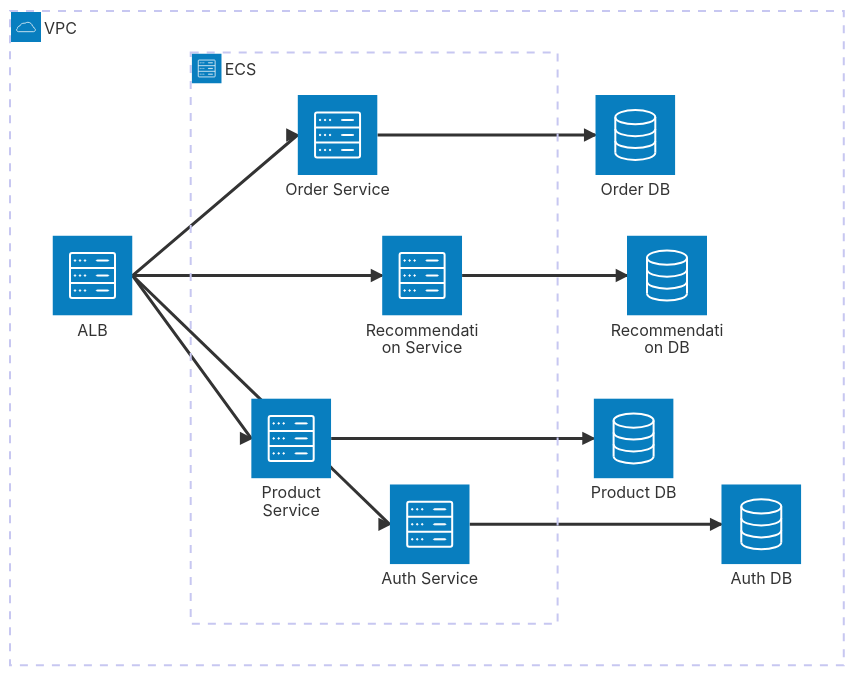
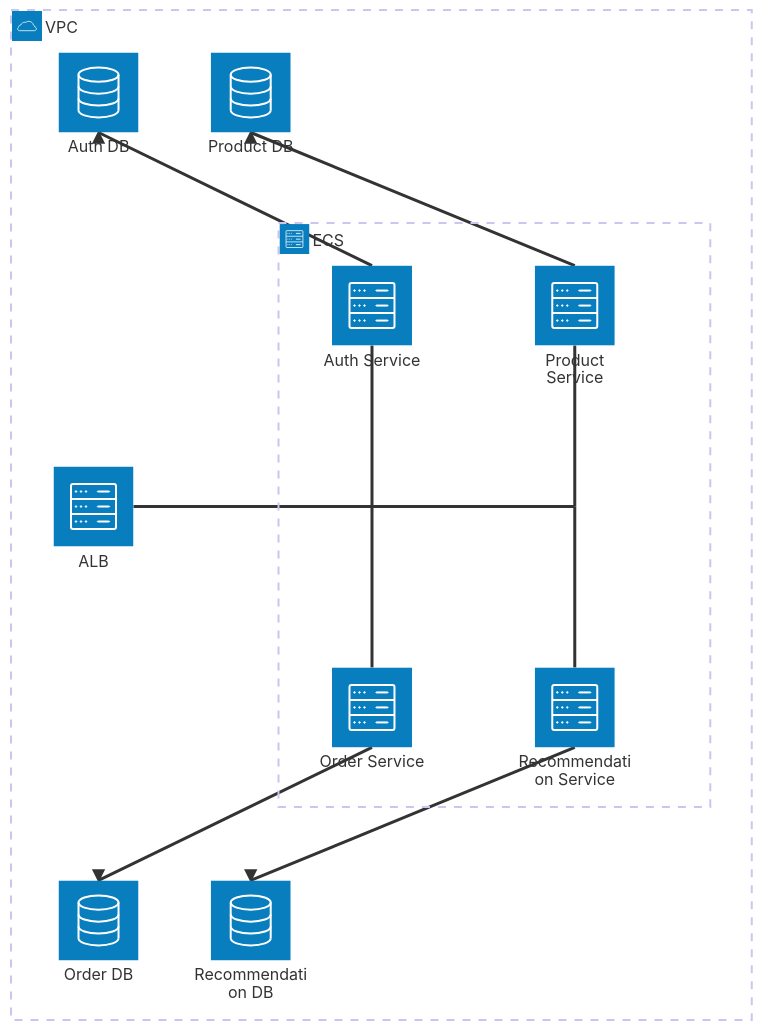
Before and after one commit to rafaritter44/architecture-katas: the second of 2 diagrams in latency-aficionados/README.md, drawn with Mermaid.

Commit message:
Try using junctions

````diff
--- a/latency-aficionados/README.md
+++ b/latency-aficionados/README.md
@@ -75,29 +75,34 @@
 ```mermaid
 architecture-beta
     group vpc(cloud)[VPC]
     group ecs(server)[ECS] in vpc
 
     service alb(server)[ALB] in vpc
 
     service as(server)[Auth Service] in ecs
     service adb(database)[Auth DB] in vpc
 
     service ps(server)[Product Service] in ecs
     service pdb(database)[Product DB] in vpc
 
     service os(server)[Order Service] in ecs
     service odb(database)[Order DB] in vpc
 
     service rs(server)[Recommendation Service] in ecs
     service rdb(database)[Recommendation DB] in vpc
 
-    alb:R --> L:as
-    alb:R --> L:ps
-    alb:R --> L:os
-    alb:R --> L:rs
+    junction jCenter in ecs
+    junction jRight in ecs
 
-    as:R --> L:adb
-    ps:R --> L:pdb
-    os:R --> L:odb
-    rs:R --> L:rdb
+    alb:R -- L:jCenter
+    as:B -- T:jCenter
+    os:T -- B:jCenter
+    jCenter:R -- L:jRight
+    ps:B -- T:jRight
+    rs:T -- B:jRight
+
+    as:T --> B:adb
+    ps:T --> B:pdb
+    os:B --> T:odb
+    rs:B --> T:rdb
 ```
````
